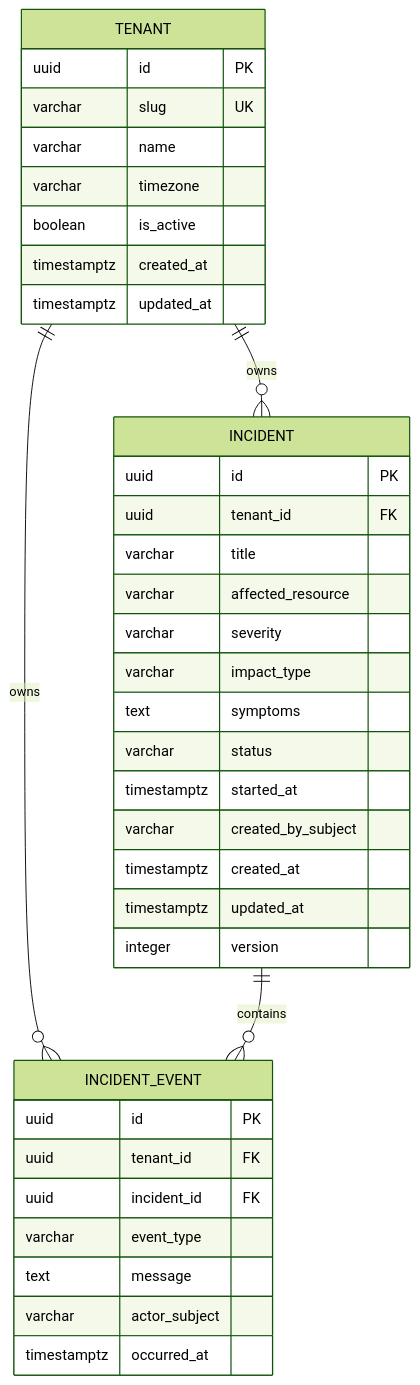
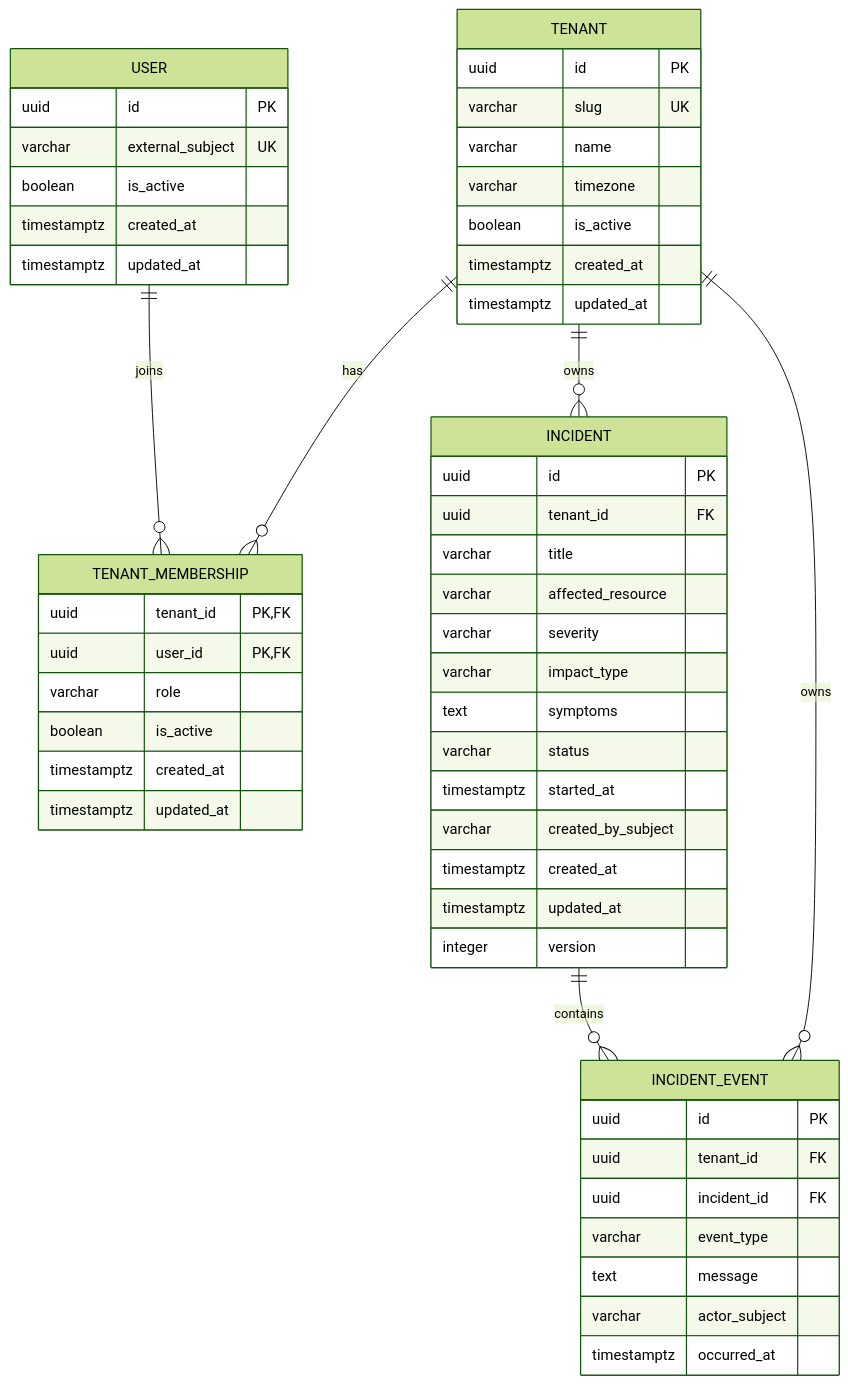
The first of 2 diagrams in docs/05-DATA-MODEL.md (MSsanto/P0-NOC-Flow-Cloud-v2-), drawn with Mermaid (forest theme) before and after one commit. The commit also changed other lines of this file, not shown here.

````diff
--- a/docs/05-DATA-MODEL.md
+++ b/docs/05-DATA-MODEL.md
@@ -23,42 +23,61 @@
 ```mermaid
 erDiagram
+    TENANT ||--o{ TENANT_MEMBERSHIP : has
+    USER ||--o{ TENANT_MEMBERSHIP : joins
     TENANT ||--o{ INCIDENT : owns
     TENANT ||--o{ INCIDENT_EVENT : owns
     INCIDENT ||--o{ INCIDENT_EVENT : contains
 
     TENANT {
         uuid id PK
         varchar slug UK
         varchar name
         varchar timezone
+        boolean is_active
+        timestamptz created_at
+        timestamptz updated_at
+    }
+
+    USER {
+        uuid id PK
+        varchar external_subject UK
+        boolean is_active
+        timestamptz created_at
+        timestamptz updated_at
+    }
+
+    TENANT_MEMBERSHIP {
+        uuid tenant_id PK,FK
+        uuid user_id PK,FK
+        varchar role
         boolean is_active
         timestamptz created_at
         timestamptz updated_at
     }
 
     INCIDENT {
         uuid id PK
         uuid tenant_id FK
         varchar title
         varchar affected_resource
         varchar severity
         varchar impact_type
         text symptoms
         varchar status
         timestamptz started_at
         varchar created_by_subject
         timestamptz created_at
         timestamptz updated_at
         integer version
     }
 
     INCIDENT_EVENT {
         uuid id PK
         uuid tenant_id FK
         uuid incident_id FK
         varchar event_type
         text message
         varchar actor_subject
         timestamptz occurred_at
     }
 ```
````
